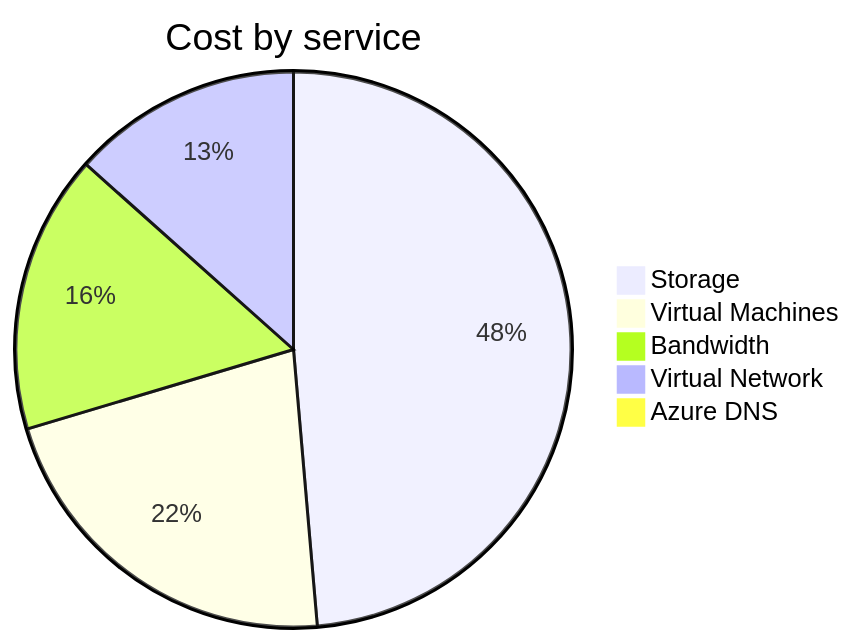
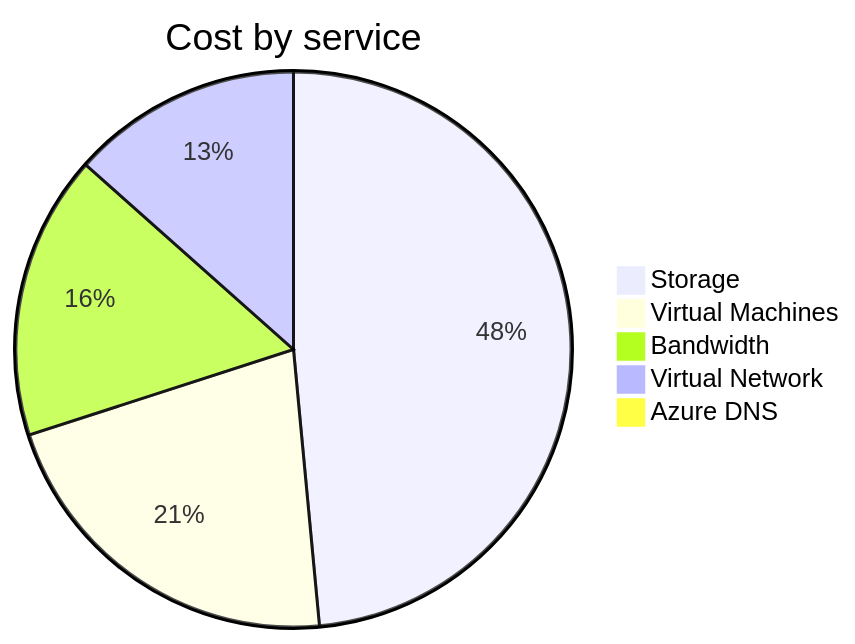
Before and after one commit to jpfulton/azure-personal-reports: the second of 4 diagrams in cost-reports/personal-network/README.md, drawn with Mermaid. The commit also changed other lines of this file and 8 other files, not shown here.

````diff
--- a/cost-reports/personal-network/README.md
+++ b/cost-reports/personal-network/README.md
@@ -97,9 +97,9 @@
 ```mermaid
 pie
    title Cost by service
-   "Storage" : 6.93
-   "Virtual Machines" : 3.10
-   "Bandwidth" : 2.31
-   "Virtual Network" : 1.91
-   "Azure DNS" : 0.13
+   "Storage" : 7.80
+   "Virtual Machines" : 3.46
+   "Bandwidth" : 2.66
+   "Virtual Network" : 2.16
+   "Azure DNS" : 0.14
 ```
````
